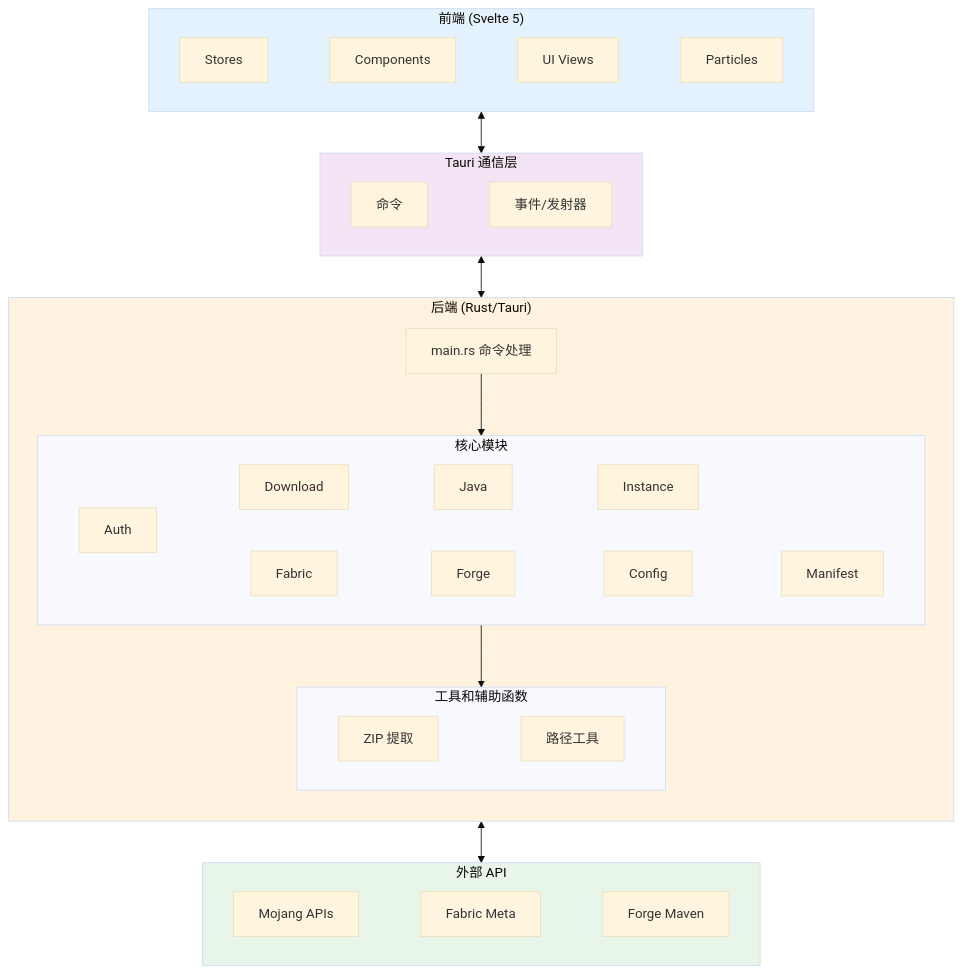
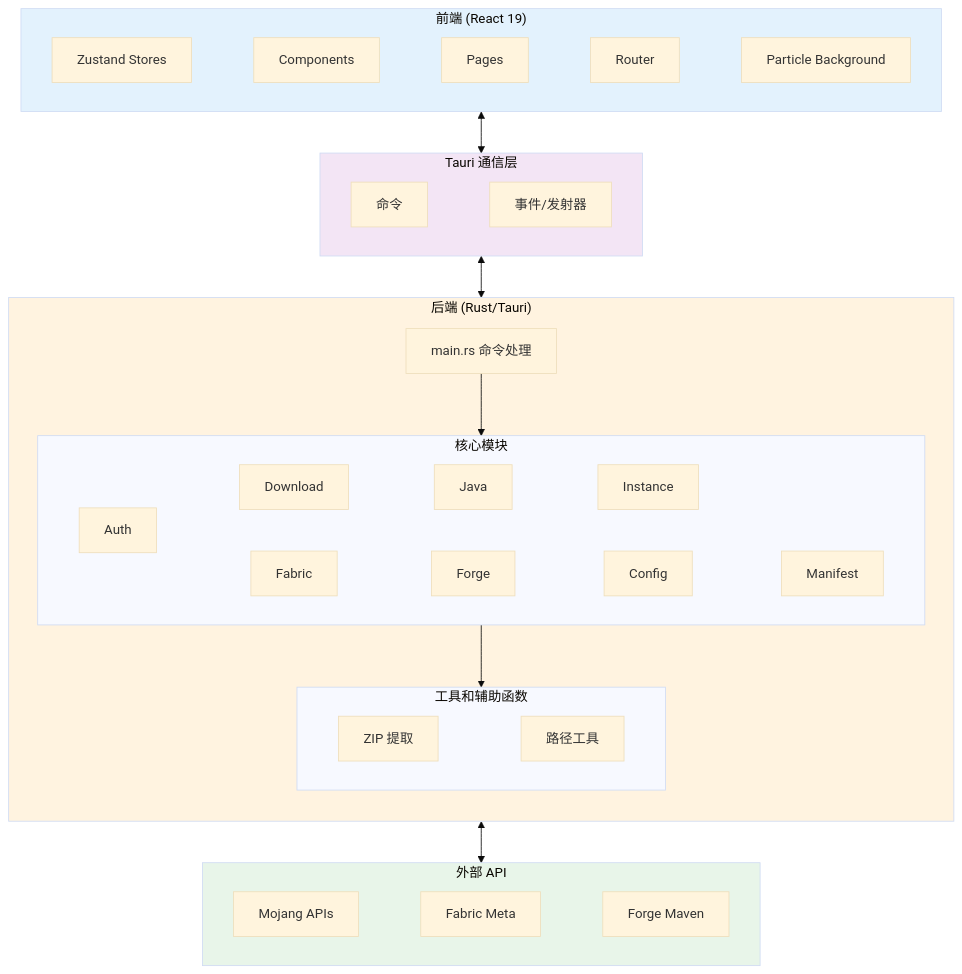
One commit to NtskwK/DropOut changed the diagram in packages/docs/content/zh/development/architecture.mdx. Above: the diagram before and after it, drawn with Mermaid (base theme). The commit also changed other lines of this file, not shown here.

Commit message:
docs(architecture): update frontend technology stack from Svelte to React

````diff
--- a/packages/docs/content/zh/development/architecture.mdx
+++ b/packages/docs/content/zh/development/architecture.mdx
@@ -34,46 +36,46 @@
 ```mermaid
 graph TB
-    subgraph Frontend["前端 (Svelte 5)"]
+    subgraph Frontend["前端 (React 19)"]
         direction LR
-        Stores[Stores] ~~~ Components[Components] ~~~ UIViews[UI Views] ~~~ Particles[Particles]
+        Stores[Zustand Stores] ~~~ Components[Components] ~~~ Pages[Pages] ~~~ Router[Router] ~~~ Particles[Particle Background]
     end
 
     subgraph TauriLayer["Tauri 通信层"]
         direction LR
         Commands[命令] ~~~ Events[事件/发射器]
     end
 
     subgraph Backend["后端 (Rust/Tauri)"]
         direction TB
         MainRS[main.rs 命令处理]
 
         subgraph CoreModules["核心模块"]
             direction LR
             Auth[Auth] ~~~ Download[Download] ~~~ Java[Java] ~~~ Instance[Instance]
             Fabric[Fabric] ~~~ Forge[Forge] ~~~ Config[Config] ~~~ Manifest[Manifest]
             Auth ~~~ Fabric
         end
 
         subgraph Utils["工具和辅助函数"]
             direction LR
             ZipExtract[ZIP 提取] ~~~ PathUtils[路径工具]
         end
 
         MainRS --> CoreModules
         CoreModules --> Utils
     end
 
     subgraph ExternalAPIs["外部 API"]
         direction LR
         Mojang[Mojang APIs] ~~~ FabricMeta[Fabric Meta] ~~~ ForgeMaven[Forge Maven]
     end
 
     Frontend <--> TauriLayer
     TauriLayer <--> Backend
     Backend <--> ExternalAPIs
 
     style Frontend fill:#e3f2fd
     style Backend fill:#fff3e0
     style TauriLayer fill:#f3e5f5
     style ExternalAPIs fill:#e8f5e9
 ```
````
